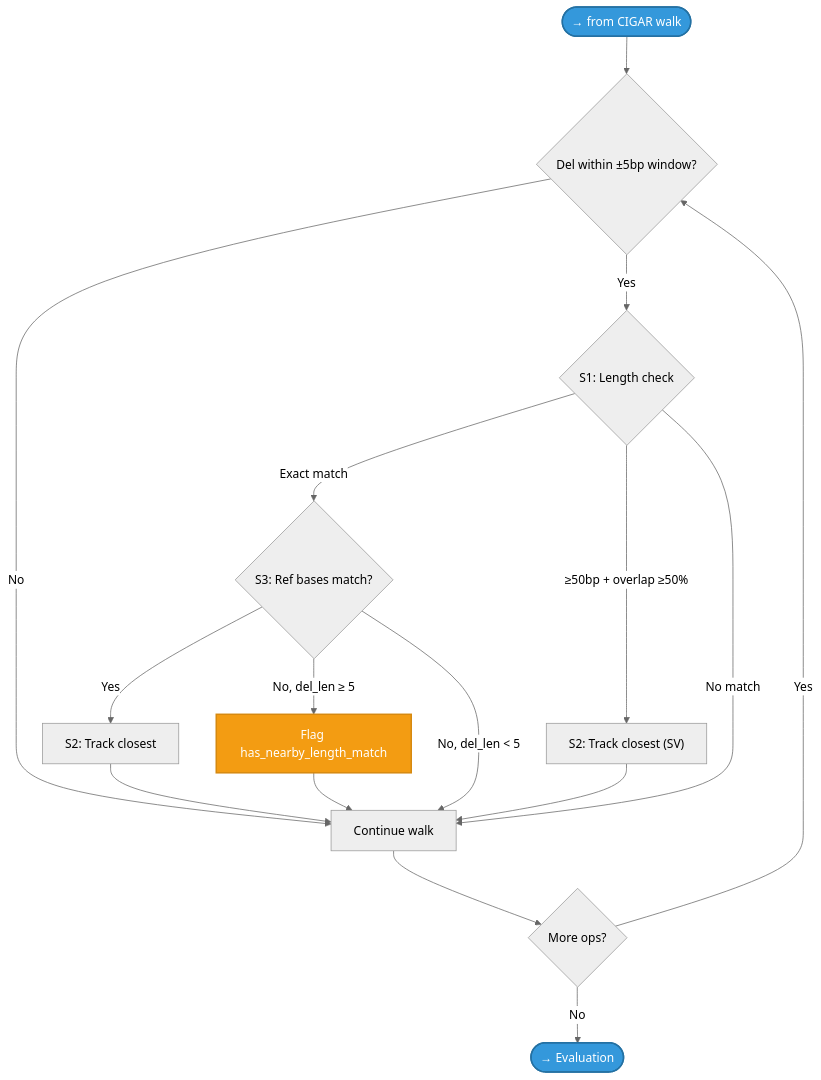
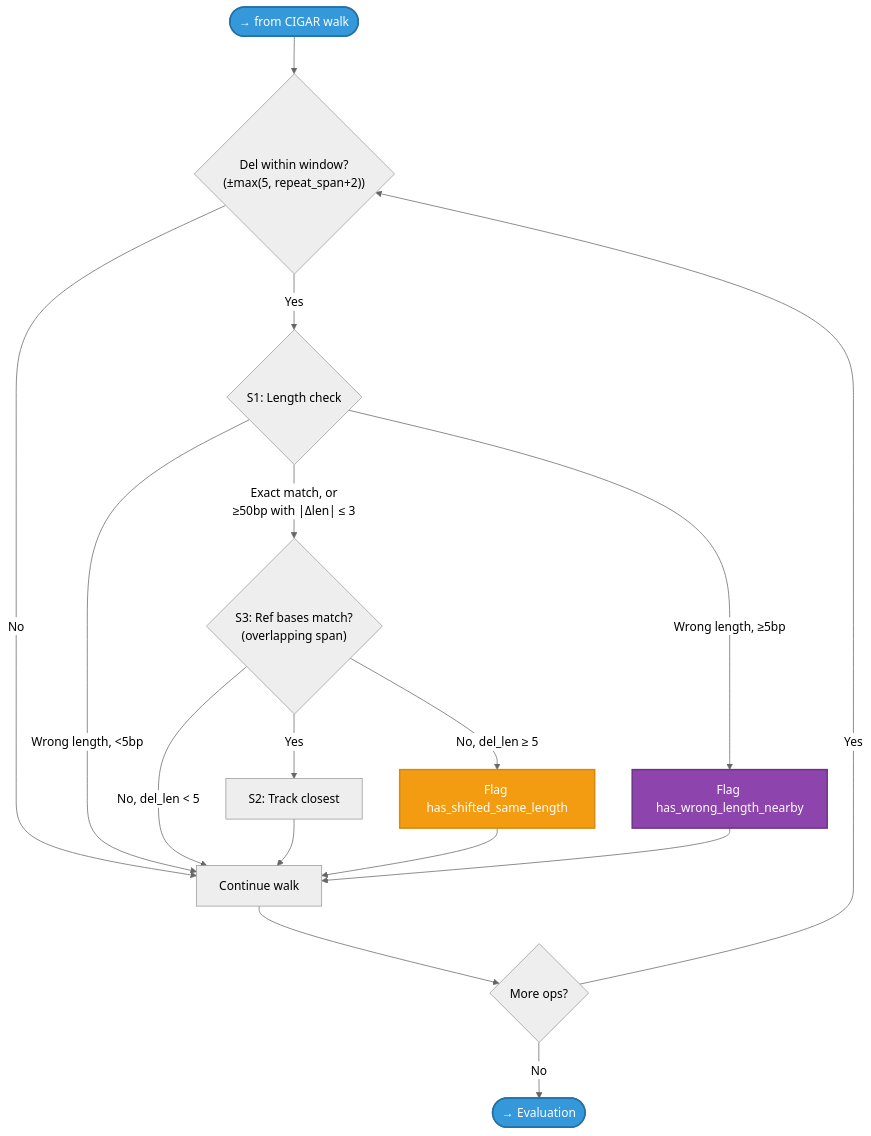
Before and after one commit to msk-access/gbcms: the sixth of 12 diagrams in docs/reference/allele-classification.md, drawn with Mermaid (neutral theme). The commit also changed other lines of this file and 13 other files, not shown here.

````diff
--- a/docs/reference/allele-classification.md
+++ b/docs/reference/allele-classification.md
@@ -288,22 +355,23 @@
 ```mermaid
 flowchart TD
-    WinIn(["→ from CIGAR walk"]):::entry --> CheckWin{"Del within ±5bp window?"}
+    WinIn(["→ from CIGAR walk"]):::entry --> CheckWin{"Del within window?\n(±max(5, repeat_span+2))"}
     CheckWin -->|No| Continue["Continue walk"]
     CheckWin -->|Yes| S1{"S1: Length check"}
-    S1 -->|"Exact match"| S3{"S3: Ref bases match?"}
-    S1 -->|"≥50bp + overlap ≥50%"| S2Track["S2: Track closest (SV)"]  
-    S1 -->|"No match"| Continue
+    S1 -->|"Exact match, or\n≥50bp with |Δlen| ≤ 3"| S3{"S3: Ref bases match?\n(overlapping span)"}
+    S1 -->|"Wrong length, ≥5bp"| FlagWL["Flag has_wrong_length_nearby"]:::partialflag
+    S1 -->|"Wrong length, <5bp"| Continue
     S3 -->|Yes| S2["S2: Track closest"]
-    S3 -->|"No, del_len ≥ 5"| FlagP3["Flag has_nearby_length_match"]:::fallback
+    S3 -->|"No, del_len ≥ 5"| FlagSL["Flag has_shifted_same_length"]:::fallback
     S3 -->|"No, del_len < 5"| Continue
-    S2Track --> Continue
     S2 --> Continue
-    FlagP3 --> Continue
+    FlagSL --> Continue
+    FlagWL --> Continue
     Continue --> MoreOps{"More ops?"}
     MoreOps -->|Yes| CheckWin
     MoreOps -->|No| Eval(["→ Evaluation"]):::next
 
     classDef entry fill:#3498db,color:#fff,stroke:#2471a3,stroke-width:2px;
     classDef next fill:#3498db,color:#fff,stroke:#2471a3,stroke-width:2px;
     classDef fallback fill:#f39c12,color:#fff,stroke:#d68910,stroke-width:2px;
+    classDef partialflag fill:#8e44ad,color:#fff,stroke:#6c3483,stroke-width:2px;
 ```
````
